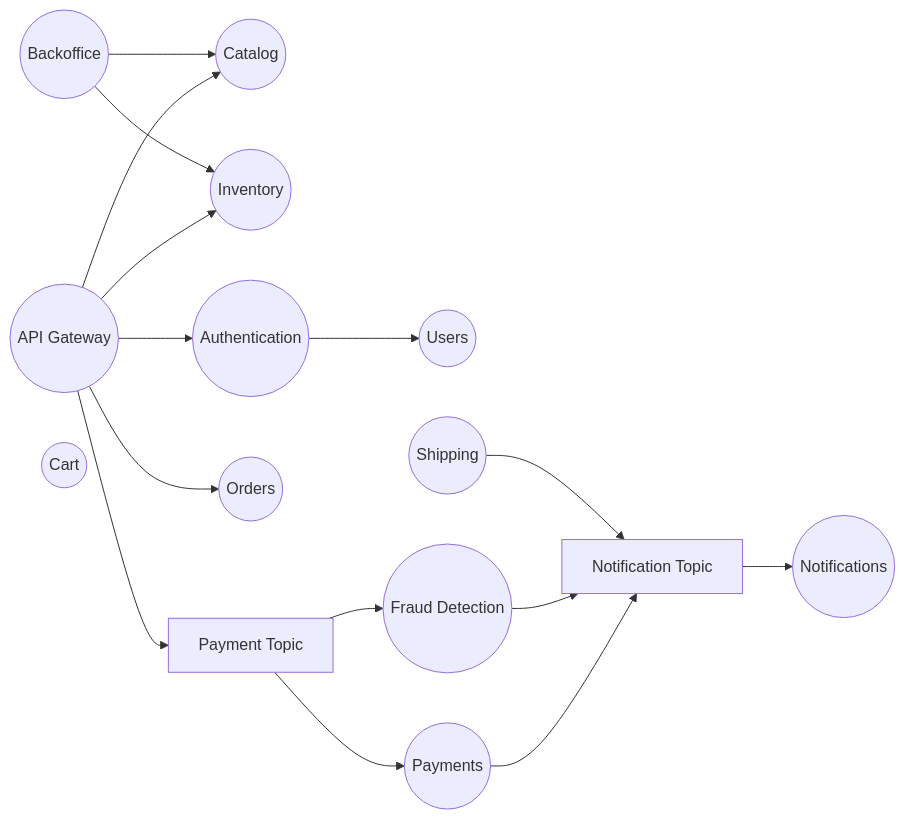
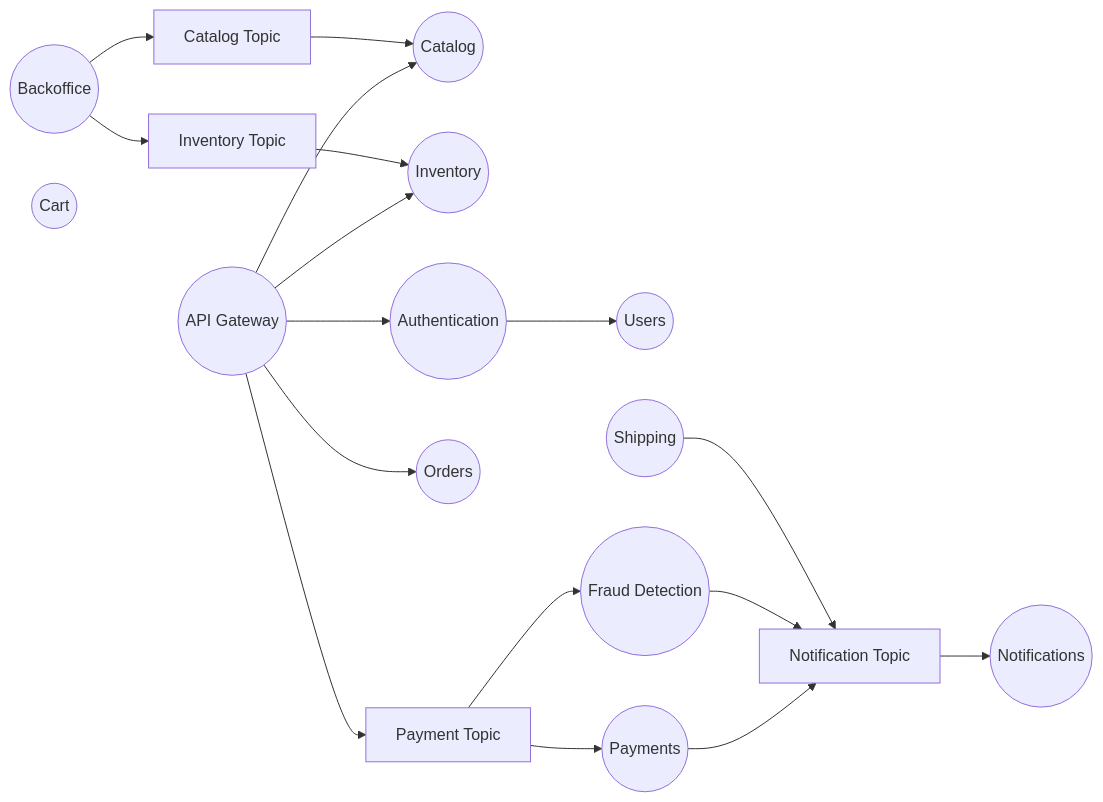
Before and after one commit to Over-engineered-Ecommerce/Architecture: the second of 2 diagrams in README.md, drawn with Mermaid.

````diff
--- a/README.md
+++ b/README.md
@@ -14,26 +14,28 @@
 ```mermaid
 graph LR;
 
     Catalog((Catalog))
     
     
     
     Gateway((API Gateway)) --> Inventory((Inventory))
-    Backoffice((Backoffice)) --> Inventory((Inventory))
+    Backoffice((Backoffice)) --> InventoryTopic[Inventory Topic]
+    InventoryTopic --> Inventory((Inventory))
+    Backoffice((Backoffice)) --> CatalogTopic[Catalog Topic]
     Auth((Authentication)) --> Users((Users))
     Gateway((API Gateway)) --> Auth((Authentication))
     Gateway((API Gateway)) --> Catalog((Catalog))
-    Backoffice((Backoffice)) --> Catalog((Catalog))
+    CatalogTopic --> Catalog((Catalog))
     Gateway((API Gateway)) --> Orders((Orders))
     Gateway((API Gateway)) --> paymentTopic[Payment Topic]
     paymentTopic --> Payments((Payments))
     paymentTopic --> Fraud((Fraud Detection))
     
     Payments((Payments)) --> notificationTopic[Notification Topic]
     Fraud --> notificationTopic[Notification Topic]
     notificationTopic --> Notifications((Notifications))
     Shipping((Shipping)) --> notificationTopic
     
     Cart((Cart))
 
 ```
````
